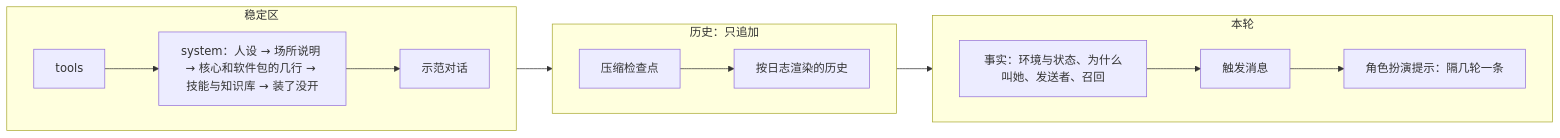
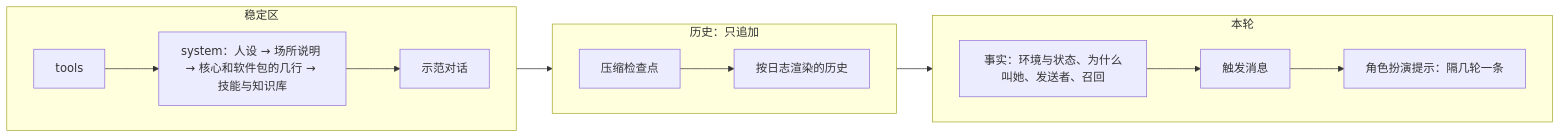
The diagram in docs/designs/26-提示词.md (miyu-agent/miyu), drawn with Mermaid before and after one commit. The commit also changed other lines of this file and 24 other files, not shown here.

````diff
--- a/docs/designs/26-提示词.md
+++ b/docs/designs/26-提示词.md
@@ -24,16 +24,16 @@
 ```mermaid
 flowchart LR
     subgraph stable["稳定区"]
         direction LR
-        tools["tools"] --> sys["system：人设 → 场所说明 → 核心和软件包的几行 → 技能与知识库 → 装了没开"] --> demo["示范对话"]
+        tools["tools"] --> sys["system：人设 → 场所说明 → 核心和软件包的几行 → 技能与知识库"] --> demo["示范对话"]
     end
     subgraph hist["历史：只追加"]
         direction LR
         cp["压缩检查点"] --> past["按日志渲染的历史"]
     end
     subgraph turn["本轮"]
         direction LR
         facts["事实：环境与状态、为什么叫她、发送者、召回"] --> trig["触发消息"] --> rem["角色扮演提示：隔几轮一条"]
     end
     stable --> hist --> turn
 ```
````
